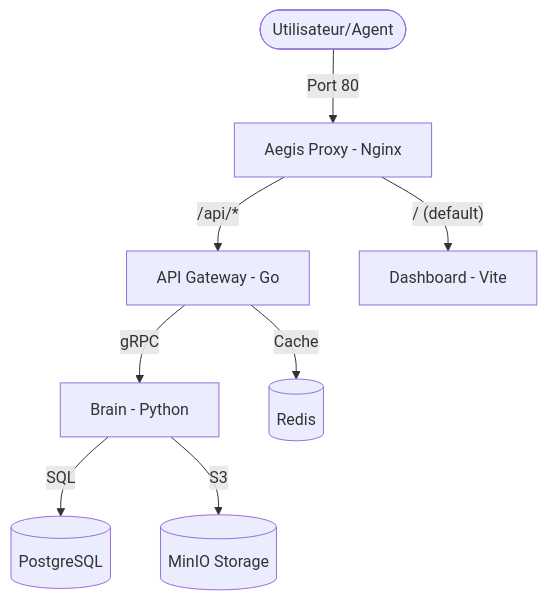
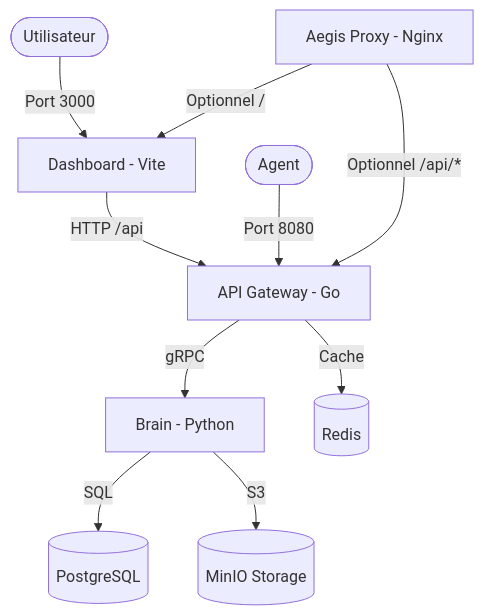
Before and after one commit to Aegis-AI-Organizations/Aegis-AI-Infra: the diagram in local-dev/README.md, drawn with Mermaid. The commit also changed other lines of this file and 2 other files, not shown here.

````diff
--- a/local-dev/README.md
+++ b/local-dev/README.md
@@ -9,10 +9,12 @@
 ```mermaid
 graph TD
-    User([Utilisateur/Agent]) -- Port 80 --> Proxy[Aegis Proxy - Nginx]
-    Proxy -- /api/* --> Gateway[API Gateway - Go]
-    Proxy -- / (default) --> Dashboard[Dashboard - Vite]
+    User([Utilisateur]) -- Port 3000 --> Dashboard[Dashboard - Vite]
+    Dashboard -- HTTP /api --> Gateway[API Gateway - Go]
+    Agent([Agent]) -- Port 8080 --> Gateway
+    Proxy[Aegis Proxy - Nginx] -- Optionnel /api/* --> Gateway
+    Proxy -- Optionnel / --> Dashboard
     Gateway -- gRPC --> Brain[Brain - Python]
     Brain -- SQL --> DB[(PostgreSQL)]
     Brain -- S3 --> MinIO[(MinIO Storage)]
     Gateway -- Cache --> Redis[(Redis)]
 ```
````
